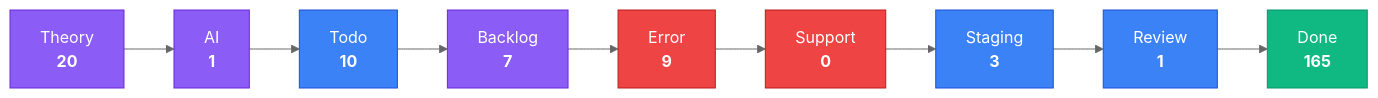
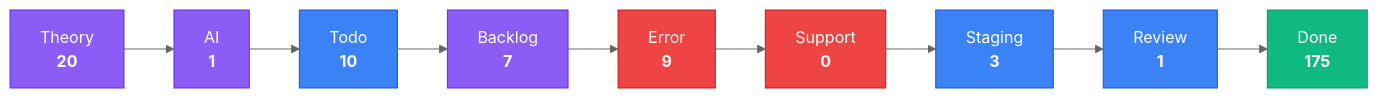
Before and after one commit to KBVE/kbve: the third of 4 diagrams in apps/kbve/astro-kbve/src/content/docs/dashboard/kanban-data.mdx, drawn with Mermaid (neutral theme). The commit also changed other lines of this file and 8 other files, not shown here.

````diff
--- a/apps/kbve/astro-kbve/src/content/docs/dashboard/kanban-data.mdx
+++ b/apps/kbve/astro-kbve/src/content/docs/dashboard/kanban-data.mdx
@@ -80,28 +80,28 @@
 ```mermaid
 flowchart LR
     classDef planning fill:#8b5cf6,stroke:#6d28d9,color:#fff
     classDef active fill:#3b82f6,stroke:#1d4ed8,color:#fff
     classDef blocked fill:#ef4444,stroke:#b91c1c,color:#fff
     classDef done fill:#10b981,stroke:#059669,color:#fff
     Theory["Theory<br/><strong>20</strong>"]
     Theory --> AI
     AI["AI<br/><strong>1</strong>"]
     AI --> Todo
     Todo["Todo<br/><strong>10</strong>"]
     Todo --> Backlog
     Backlog["Backlog<br/><strong>7</strong>"]
     Backlog --> Error
     Error["Error<br/><strong>9</strong>"]
     Error --> Support
     Support["Support<br/><strong>0</strong>"]
     Support --> Staging
     Staging["Staging<br/><strong>3</strong>"]
     Staging --> Review
     Review["Review<br/><strong>1</strong>"]
     Review --> Done
-    Done["Done<br/><strong>165</strong>"]
+    Done["Done<br/><strong>175</strong>"]
     class Theory,AI,Backlog planning
     class Todo,Staging,Review active
     class Error,Support blocked
     class Done done
 ```
````
